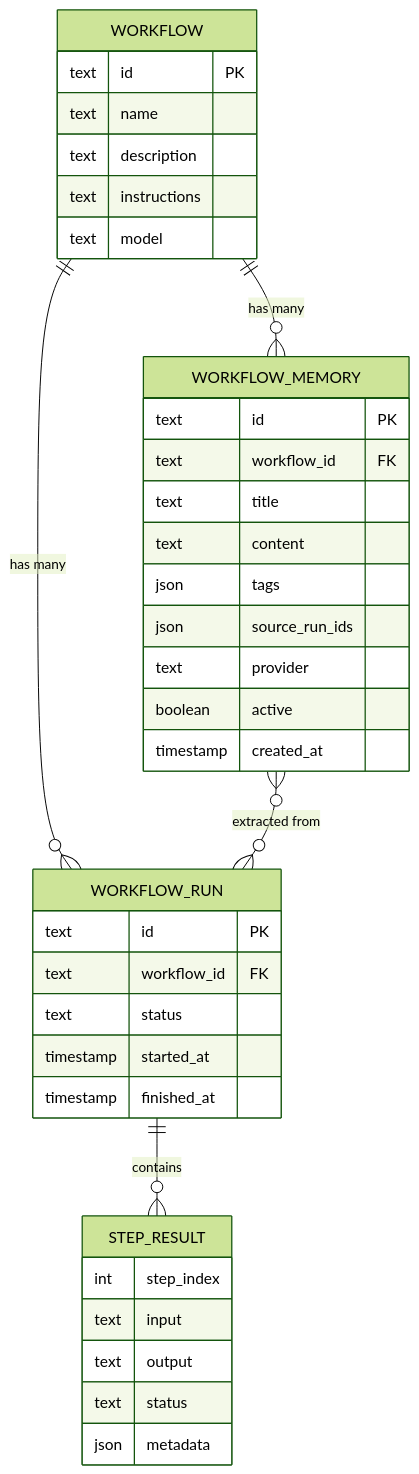
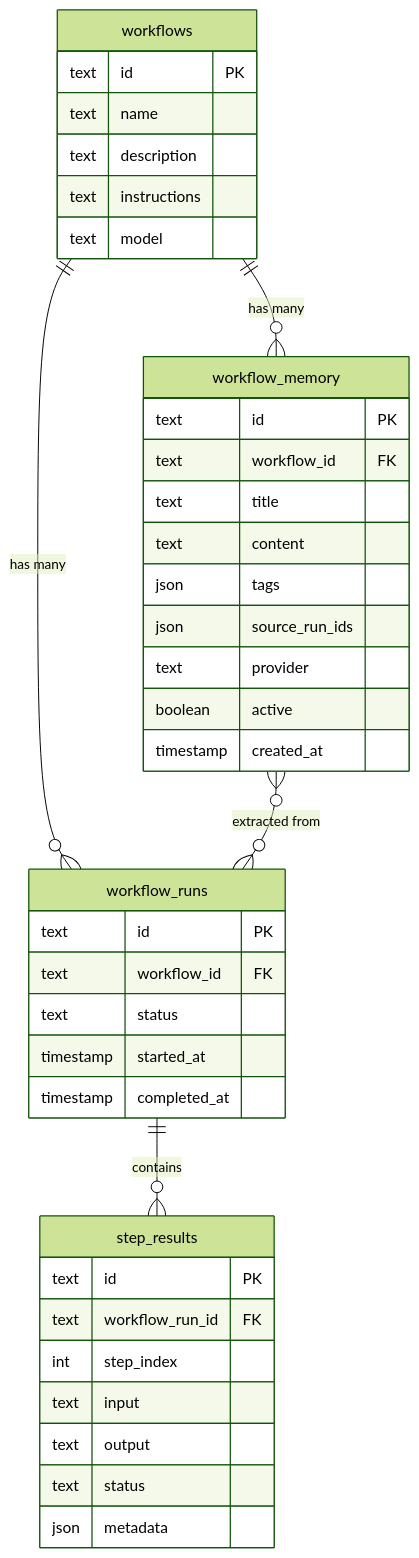
The sixth of 7 diagrams in docs/en/workflow-memory-diagrams.md (FLSEST/MySuricates), drawn with Mermaid (forest theme) before and after one commit. The commit also changed other lines of this file and 4 other files, not shown here.

First line of the commit message:
docs(diagramme): Memory page describes the current state instead of an old refactoring

````diff
--- a/docs/en/workflow-memory-diagrams.md
+++ b/docs/en/workflow-memory-diagrams.md
@@ -208,43 +215,45 @@
 ```mermaid
 erDiagram
-    WORKFLOW ||--o{ WORKFLOW_RUN : "has many"
-    WORKFLOW ||--o{ WORKFLOW_MEMORY : "has many"
-    WORKFLOW_RUN ||--o{ STEP_RESULT : "contains"
-    WORKFLOW_MEMORY }o--o{ WORKFLOW_RUN : "extracted from"
+    workflows ||--o{ workflow_runs : "has many"
+    workflows ||--o{ workflow_memory : "has many"
+    workflow_runs ||--o{ step_results : "contains"
+    workflow_memory }o--o{ workflow_runs : "extracted from"
 
-    WORKFLOW {
+    workflows {
         text id PK
         text name
         text description
         text instructions
         text model
     }
 
-    WORKFLOW_RUN {
+    workflow_runs {
         text id PK
         text workflow_id FK
         text status
         timestamp started_at
-        timestamp finished_at
+        timestamp completed_at
     }
 
-    STEP_RESULT {
+    step_results {
+        text id PK
+        text workflow_run_id FK
         int step_index
         text input
         text output
         text status
         json metadata
     }
 
-    WORKFLOW_MEMORY {
+    workflow_memory {
         text id PK
         text workflow_id FK
         text title
         text content
         json tags
         json source_run_ids
         text provider
         boolean active
         timestamp created_at
     }
 ```
````
